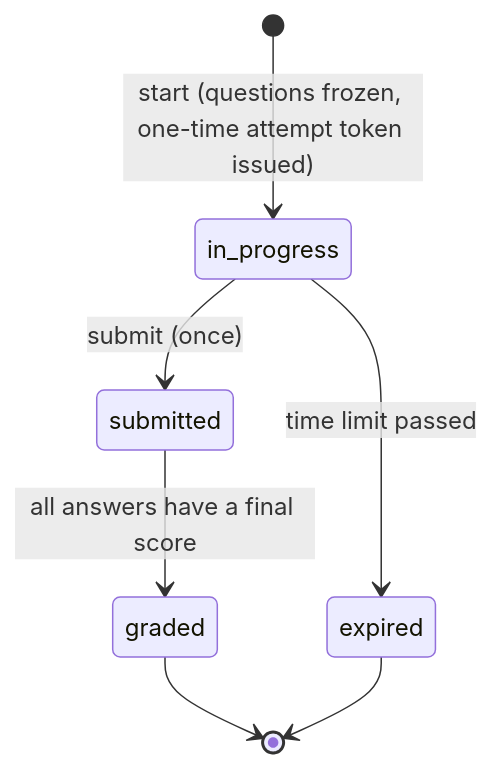
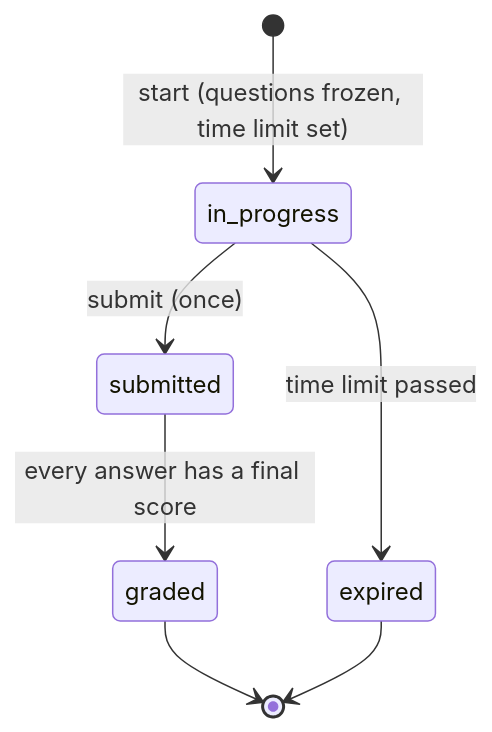
One commit to Rmasood1122/LegacyAI changed the sixth of 6 diagrams in docs/phase2/06-verification-and-proof.md. Above: the diagram before and after it, drawn with Mermaid. The commit also changed other lines of this file and 11 other files, not shown here.

````diff
--- a/docs/phase2/06-verification-and-proof.md
+++ b/docs/phase2/06-verification-and-proof.md
@@ -242,9 +291,9 @@
 ```mermaid
 stateDiagram-v2
-    [*] --> in_progress: start (questions frozen, one-time attempt token issued)
+    [*] --> in_progress: start (questions frozen, time limit set)
     in_progress --> submitted: submit (once)
     in_progress --> expired: time limit passed
-    submitted --> graded: all answers have a final score
+    submitted --> graded: every answer has a final score
     graded --> [*]
     expired --> [*]
 ```
````
